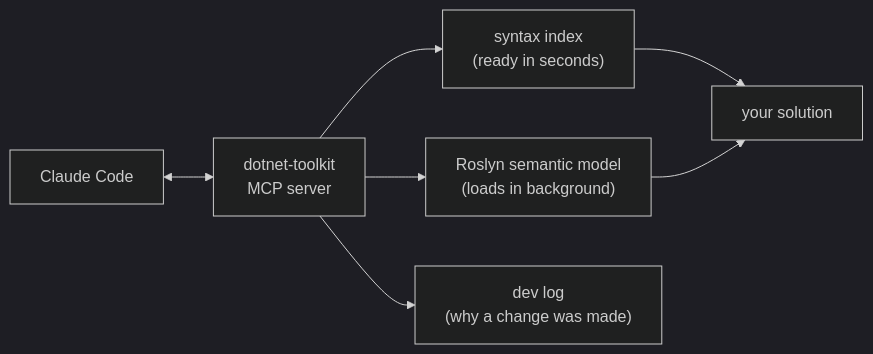
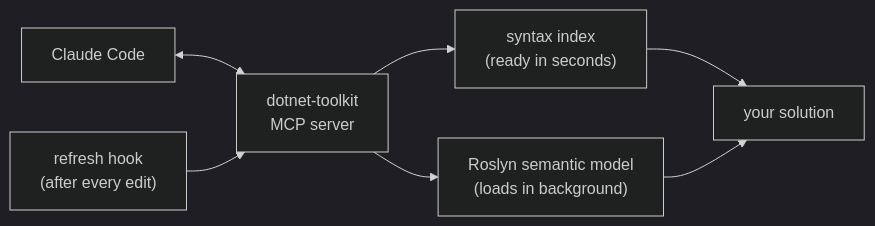
One commit to Attemainio/dotnet-toolkit changed the diagram in README.md. Above: the diagram before and after it, drawn with Mermaid (dark theme). The commit also changed other lines of this file and 134 other files, not shown here.

````diff
--- a/README.md
+++ b/README.md
@@ -155,9 +157,9 @@
 ```mermaid
 flowchart LR
     C["Claude Code"] <--> M["dotnet-toolkit<br/>MCP server"]
     M --> I["syntax index<br/>(ready in seconds)"]
     M --> W["Roslyn semantic model<br/>(loads in background)"]
     I --> S["your solution"]
     W --> S
-    M --> L["dev log<br/>(why a change was made)"]
+    H["refresh hook<br/>(after every edit)"] --> M
 ```
````
